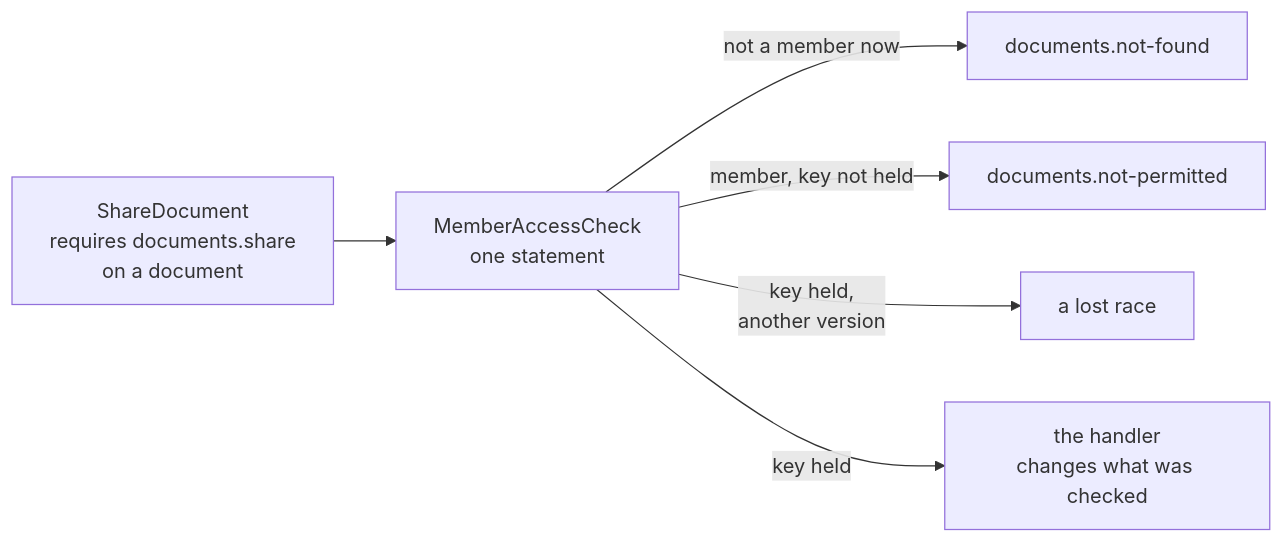
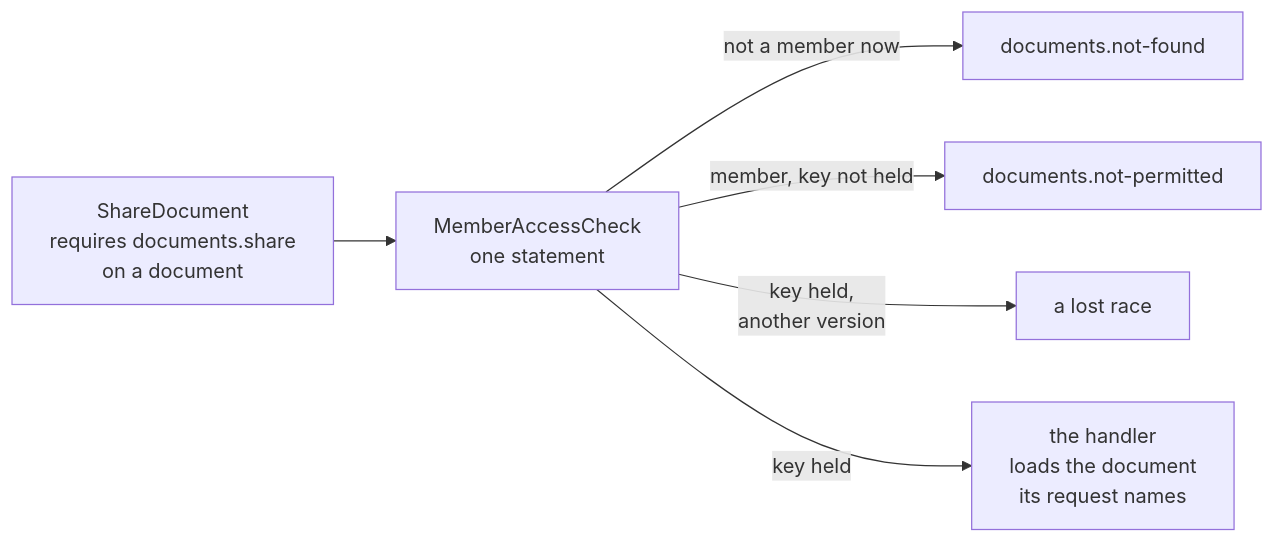
Before and after one commit to DylanSnel/DDDToolkit: the first of 5 diagrams in docs/membership.md, drawn with Mermaid. The commit also changed other lines of this file and 65 other files, not shown here.

````diff
--- a/docs/membership.md
+++ b/docs/membership.md
@@ -194,8 +193,8 @@
 ```mermaid
 flowchart LR
     Request["ShareDocument<br/>requires documents.share<br/>on a document"] --> Check["MemberAccessCheck<br/>one statement"]
     Check -- "not a member now" --> NotFound["documents.not-found"]
     Check -- "member, key not held" --> NotPermitted["documents.not-permitted"]
     Check -- "key held,<br/>another version" --> Lost["a lost race"]
-    Check -- "key held" --> Handler["the handler<br/>changes what was checked"]
+    Check -- "key held" --> Handler["the handler<br/>loads the document<br/>its request names"]
 ```
````
